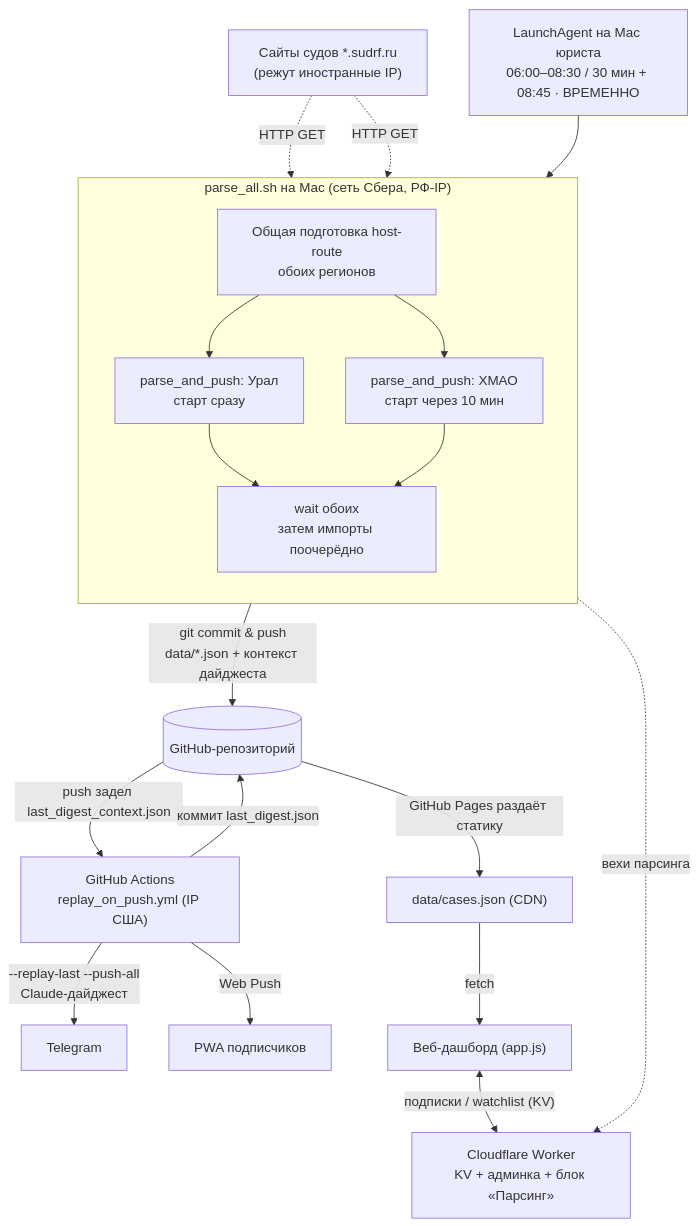
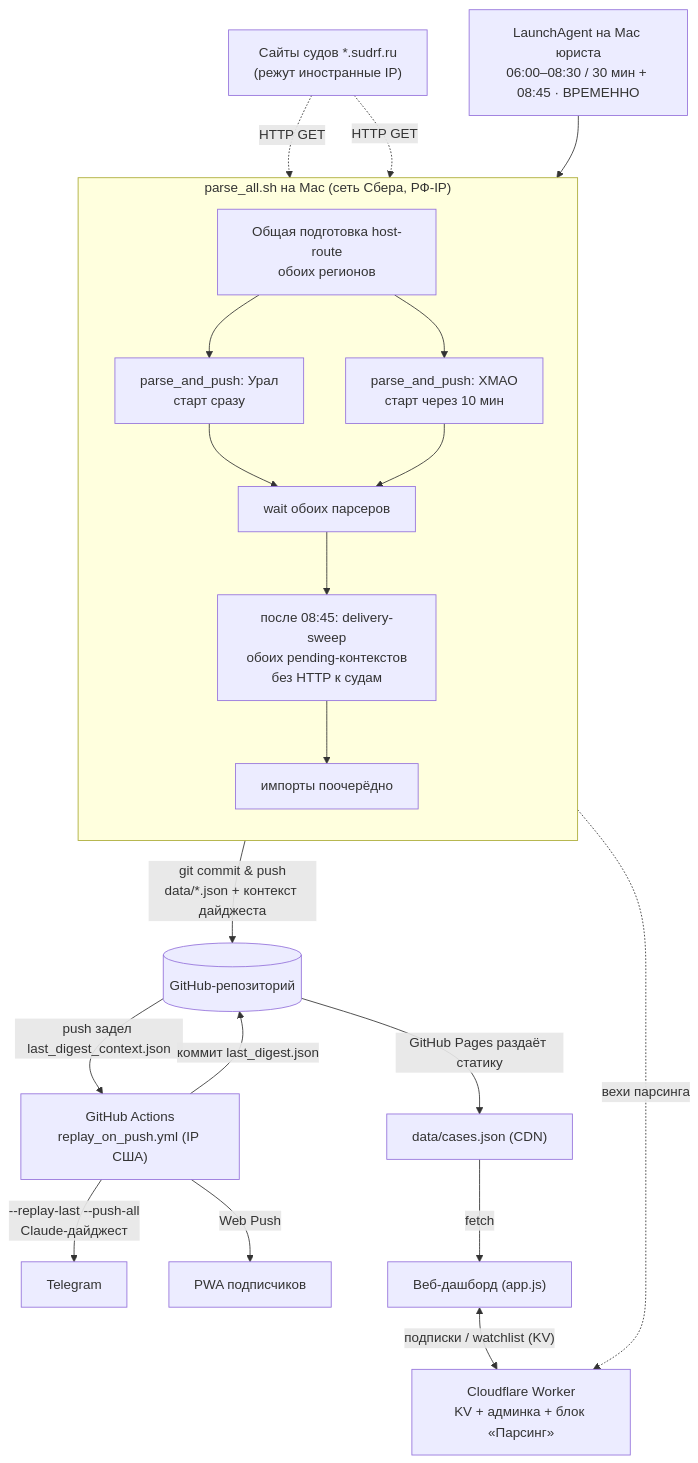
One commit to SelivanovAS/dashboard changed the diagram in docs/technical/01-обзор-и-архитектура.md. Above: the diagram before and after it, drawn with Mermaid. The commit also changed other lines of this file and 9 other files, not shown here.

Commit message:
🛡️ Финальный delivery-sweep Mac-парсинга

````diff
--- a/docs/technical/01-обзор-и-архитектура.md
+++ b/docs/technical/01-обзор-и-архитектура.md
@@ -52,28 +52,30 @@
 ```mermaid
 flowchart TD
     LAUNCHD["LaunchAgent на Mac юриста<br/>06:00–08:30 / 30 мин + 08:45 · ВРЕМЕННО"] --> WRAP
 
     subgraph WRAP["parse_all.sh на Mac (сеть Сбера, РФ-IP)"]
         direction TB
         ROUTE["Общая подготовка host-route<br/>обоих регионов"]
         URAL["parse_and_push: Урал<br/>старт сразу"]
         HMAO["parse_and_push: ХМАО<br/>старт через 10 мин"]
-        BARRIER["wait обоих<br/>затем импорты поочерёдно"]
-        ROUTE --> URAL --> BARRIER
+        BARRIER["wait обоих парсеров"]
+        SWEEP["после 08:45: delivery-sweep<br/>обоих pending-контекстов<br/>без HTTP к судам"]
+        IMPORTS["импорты поочерёдно"]
+        ROUTE --> URAL --> BARRIER --> SWEEP --> IMPORTS
         ROUTE --> HMAO --> BARRIER
     end
 
     COURTS["Сайты судов *.sudrf.ru<br/>(режут иностранные IP)"] -.HTTP GET.-> URAL
     COURTS -.HTTP GET.-> HMAO
     WRAP -->|"git commit & push<br/>data/*.json + контекст дайджеста"| REPO[("GitHub-репозиторий")]
     WRAP -.вехи парсинга.-> ADMIN["Cloudflare Worker<br/>KV + админка + блок «Парсинг»"]
 
     REPO -->|"push задел last_digest_context.json"| REPLAY["GitHub Actions<br/>replay_on_push.yml (IP США)"]
     REPLAY -->|"--replay-last --push-all<br/>Claude-дайджест"| TG["Telegram"]
     REPLAY -->|"Web Push"| PUSH["PWA подписчиков"]
     REPLAY -->|"коммит last_digest.json"| REPO
 
     REPO -->|"GitHub Pages раздаёт статику"| PAGES["data/cases.json (CDN)"]
     PAGES -->|"fetch"| DASH["Веб-дашборд (app.js)"]
     DASH <-->|"подписки / watchlist (KV)"| ADMIN
 ```
````
